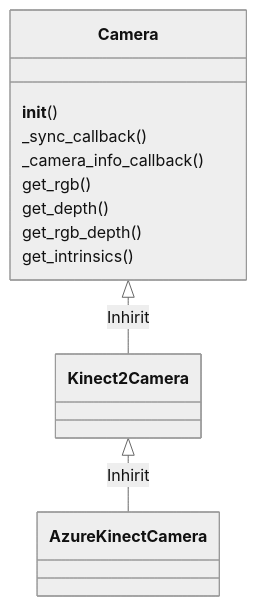
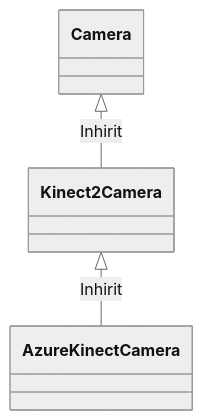
The second of 11 diagrams in src/pyrobot/Pyrobot.md (cihuang123/pyrobot), drawn with Mermaid (neutral theme) before and after one commit. The commit also changed other lines of this file and 1 other file, not shown here.

Commit message:
update class diagram.

````diff
--- a/src/pyrobot/Pyrobot.md
+++ b/src/pyrobot/Pyrobot.md
@@ -47,16 +16,6 @@
 ```mermaid
 classDiagram
     Camera <|-- Kinect2Camera : Inhirit
     Kinect2Camera <|-- AzureKinectCamera : Inhirit
-    class Camera{
-    __init__()
-    _sync_callback()
-    _camera_info_callback()
-    get_rgb()
-    get_depth()
-    get_rgb_depth()
-    get_intrinsics()
-    }
-    
 
 ```
````
